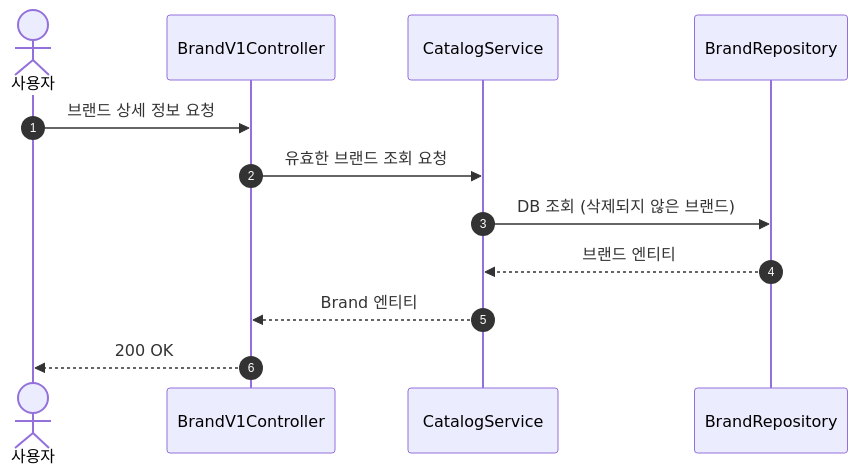
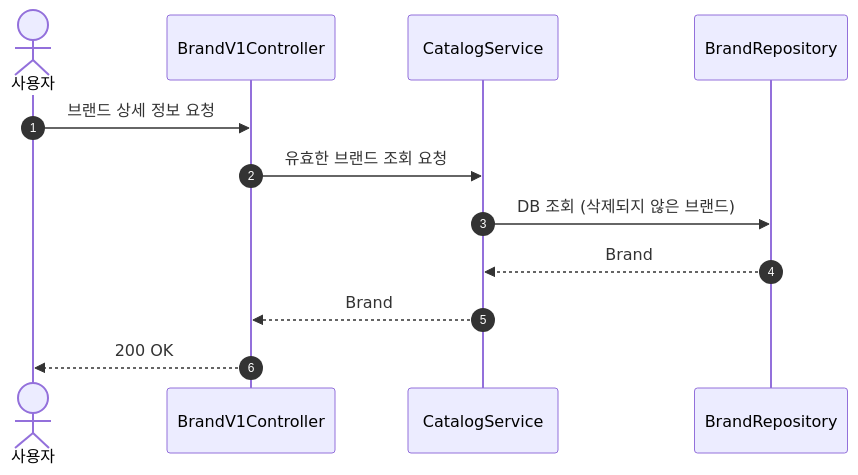
One commit to Loopers-dev-lab/loop-pack-be-l2-vol3-kotlin changed the first of 26 diagrams in docs/design/02-sequence-diagrams.md. Above: the diagram before and after it, drawn with Mermaid. The commit also changed 3 other files, not shown here.

````diff
--- a/docs/design/02-sequence-diagrams.md
+++ b/docs/design/02-sequence-diagrams.md
@@ -29,14 +29,14 @@
 ```mermaid
 sequenceDiagram
     autonumber
     actor User as 사용자
     participant C as BrandV1Controller
     participant S as CatalogService
     participant R as BrandRepository
     User ->> C: 브랜드 상세 정보 요청
     C ->> S: 유효한 브랜드 조회 요청
     S ->> R: DB 조회 (삭제되지 않은 브랜드)
-    R -->> S: 브랜드 엔티티
-    S -->> C: Brand 엔티티
+    R -->> S: Brand
+    S -->> C: Brand
     C -->> User: 200 OK
 ```
````
